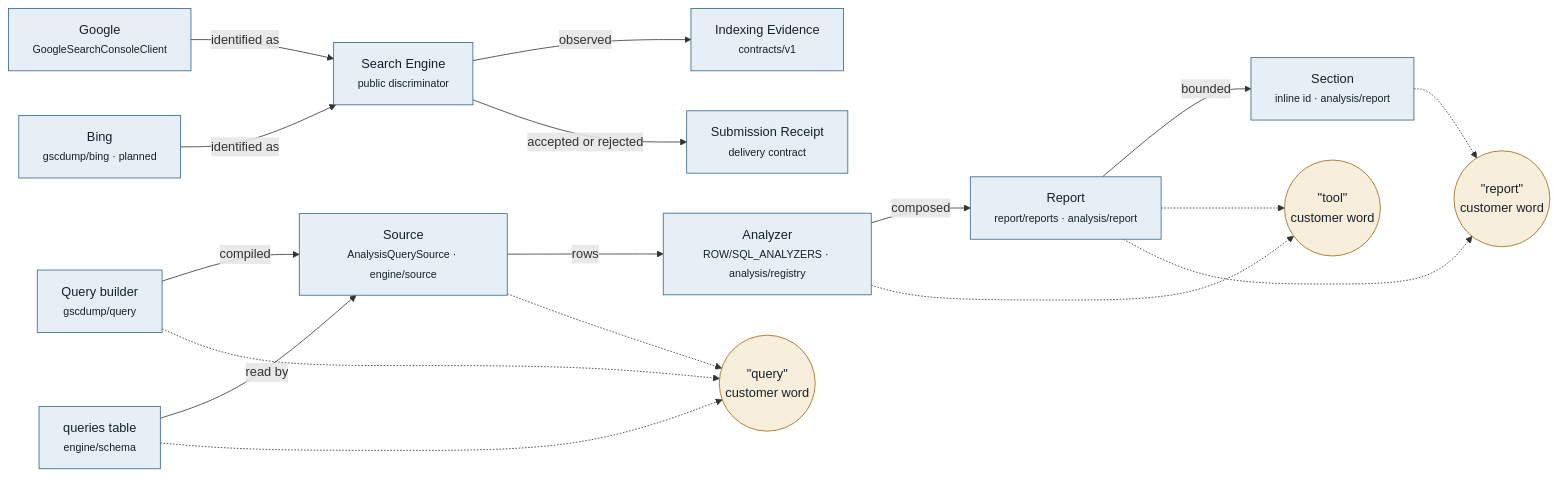
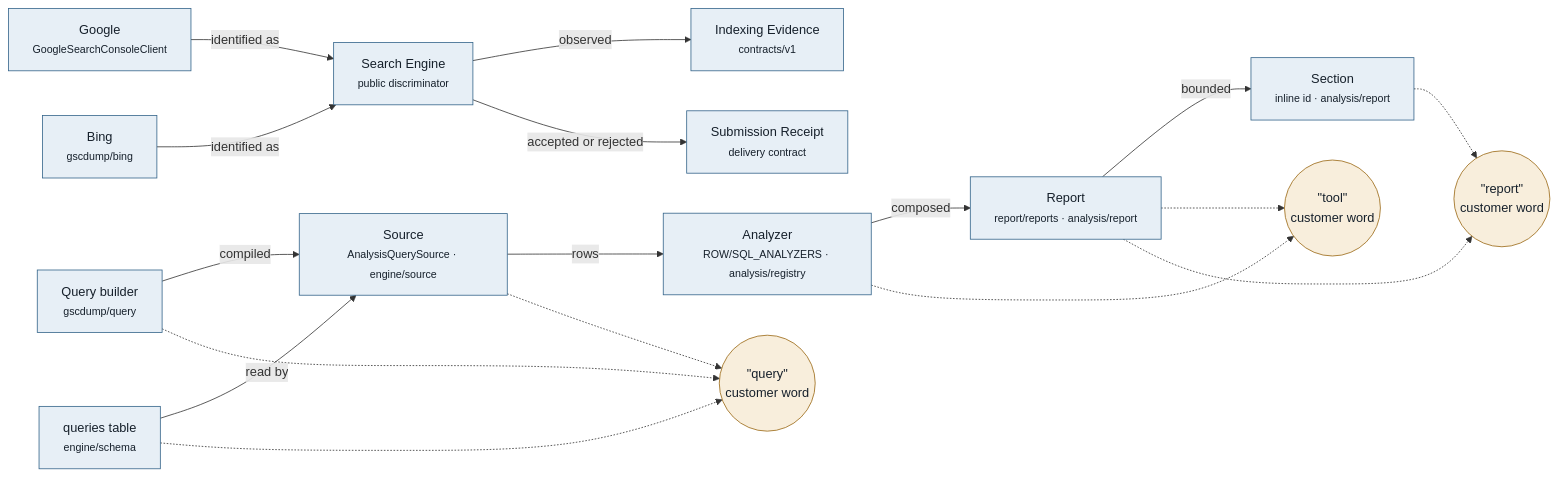
The diagram in GLOSSARY.md (harlan-zw/gscdump), drawn with Mermaid before and after one commit. The commit also changed other lines of this file and 11 other files, not shown here.

````diff
--- a/GLOSSARY.md
+++ b/GLOSSARY.md
@@ -18,41 +18,41 @@
 ```mermaid
 flowchart LR
   SRC[Source<br/><small>AnalysisQuerySource · engine/source</small>]
   AN[Analyzer<br/><small>ROW/SQL_ANALYZERS · analysis/registry</small>]
   RP[Report<br/><small>report/reports · analysis/report</small>]
   SE[Section<br/><small>inline id · analysis/report</small>]
   QB[Query builder<br/><small>gscdump/query</small>]
   QT[queries table<br/><small>engine/schema</small>]
   GO[Google<br/><small>GoogleSearchConsoleClient</small>]
-  BI[Bing<br/><small>gscdump/bing · planned</small>]
+  BI[Bing<br/><small>gscdump/bing</small>]
   SEN[Search Engine<br/><small>public discriminator</small>]
   IE[Indexing Evidence<br/><small>contracts/v1</small>]
   SR[Submission Receipt<br/><small>delivery contract</small>]
 
   SRC -- rows --> AN
   AN -- composed --> RP
   RP -- bounded --> SE
   QB -- compiled --> SRC
   QT -- read by --> SRC
   GO -- identified as --> SEN
   BI -- identified as --> SEN
   SEN -- observed --> IE
   SEN -- accepted or rejected --> SR
 
   TOOL(("&quot;tool&quot;<br/>customer word"))
   REP(("&quot;report&quot;<br/>customer word"))
   QRY(("&quot;query&quot;<br/>customer word"))
 
   AN -.-> TOOL
   RP -.-> TOOL
   RP -.-> REP
   SE -.-> REP
   QB -.-> QRY
   QT -.-> QRY
   SRC -.-> QRY
 
   classDef internal fill:#E7EFF6,stroke:#34648A,color:#16202B;
   classDef customer fill:#F8EEDC,stroke:#9A6714,color:#16202B;
   class SRC,AN,RP,SE,QB,QT,GO,BI,SEN,IE,SR internal
   class TOOL,REP,QRY customer
 ```
````
